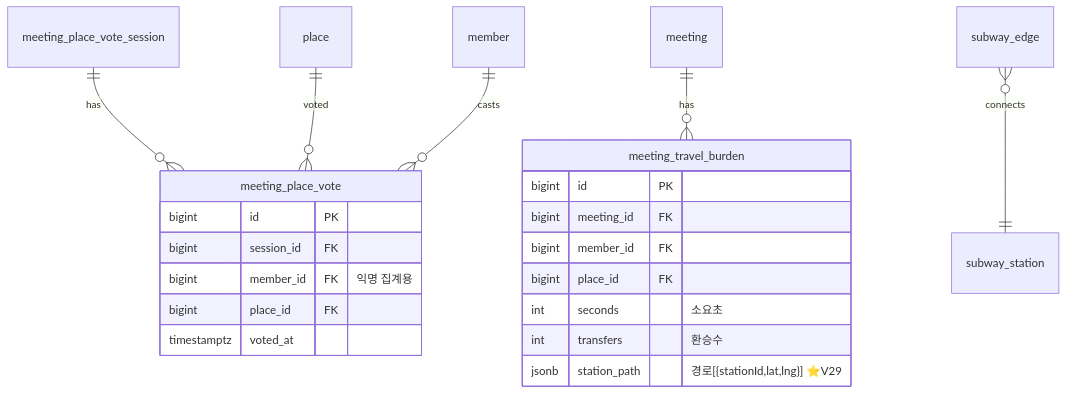
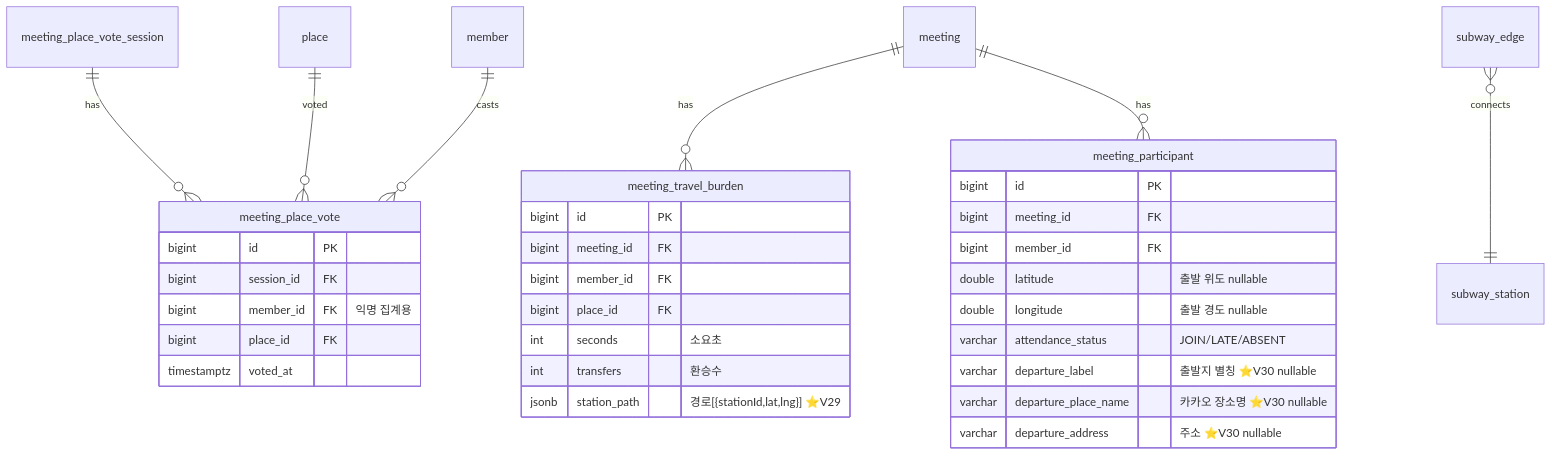
The diagram in aidlc-docs/construction/review/fc12/erd.md (DDD-Community/DDD-13-IOS2-Server), drawn with Mermaid before and after one commit. The commit also changed other lines of this file and 21 other files, not shown here.

First line of the commit message:
feat(meeting): 출발지 메타 저장 + 장소투표 참여 팀원 조회 API (FC-12)

````diff
--- a/aidlc-docs/construction/review/fc12/erd.md
+++ b/aidlc-docs/construction/review/fc12/erd.md
@@ -3,25 +3,38 @@
 ```mermaid
 erDiagram
     meeting_place_vote_session ||--o{ meeting_place_vote : has
     place ||--o{ meeting_place_vote : voted
     member ||--o{ meeting_place_vote : casts
     meeting ||--o{ meeting_travel_burden : has
+    meeting ||--o{ meeting_participant : has
     subway_edge }o--|| subway_station : connects
+
+    meeting_participant {
+        bigint id PK
+        bigint meeting_id FK
+        bigint member_id FK
+        double latitude "출발 위도 nullable"
+        double longitude "출발 경도 nullable"
+        varchar attendance_status "JOIN/LATE/ABSENT"
+        varchar departure_label "출발지 별칭 ⭐V30 nullable"
+        varchar departure_place_name "카카오 장소명 ⭐V30 nullable"
+        varchar departure_address "주소 ⭐V30 nullable"
+    }
 
     meeting_place_vote {
         bigint id PK
         bigint session_id FK
         bigint member_id FK "익명 집계용"
         bigint place_id FK
         timestamptz voted_at
     }
     meeting_travel_burden {
         bigint id PK
         bigint meeting_id FK
         bigint member_id FK
         bigint place_id FK
         int seconds "소요초"
         int transfers "환승수"
         jsonb station_path "경로[{stationId,lat,lng}] ⭐V29"
     }
 ```
````
